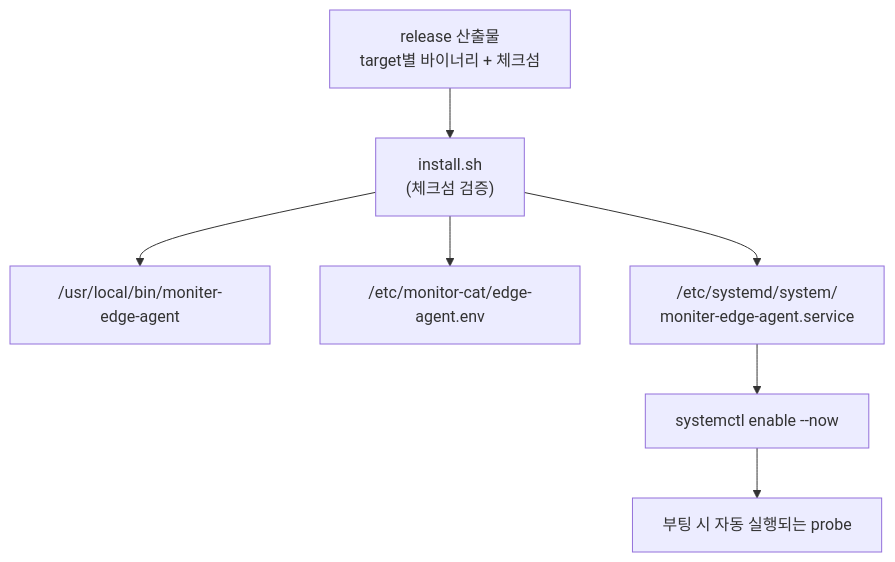
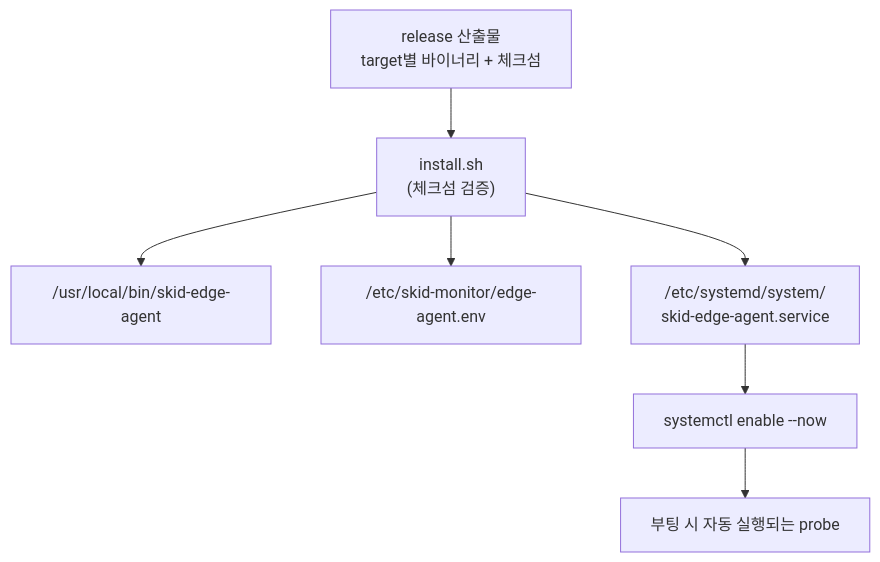
The third of 5 diagrams in docs/edge-agent-deployment.md (LuticaCANARD/skid-monitor), drawn with Mermaid before and after one commit. The commit also changed other lines of this file and 31 other files, not shown here.

First line of the commit message:
feat: implement skid-monitor client and protocol for telemetry data

````diff
--- a/docs/edge-agent-deployment.md
+++ b/docs/edge-agent-deployment.md
@@ -355,9 +356,9 @@
 ```mermaid
 flowchart TD
     REL["release 산출물<br/>target별 바이너리 + 체크섬"] --> SH["install.sh<br/>(체크섬 검증)"]
-    SH --> BIN["/usr/local/bin/moniter-edge-agent"]
-    SH --> ENV["/etc/monitor-cat/edge-agent.env"]
-    SH --> UNIT["/etc/systemd/system/<br/>moniter-edge-agent.service"]
+    SH --> BIN["/usr/local/bin/skid-edge-agent"]
+    SH --> ENV["/etc/skid-monitor/edge-agent.env"]
+    SH --> UNIT["/etc/systemd/system/<br/>skid-edge-agent.service"]
     UNIT --> EN["systemctl enable --now"]
     EN --> RUN["부팅 시 자동 실행되는 probe"]
 ```
````
